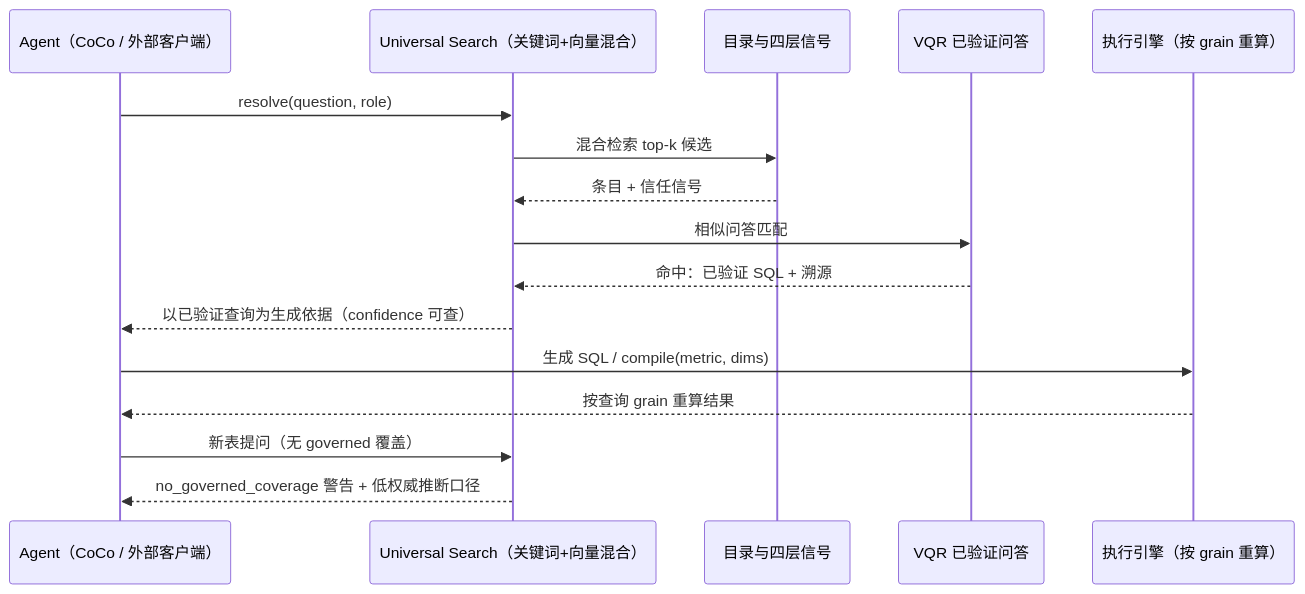
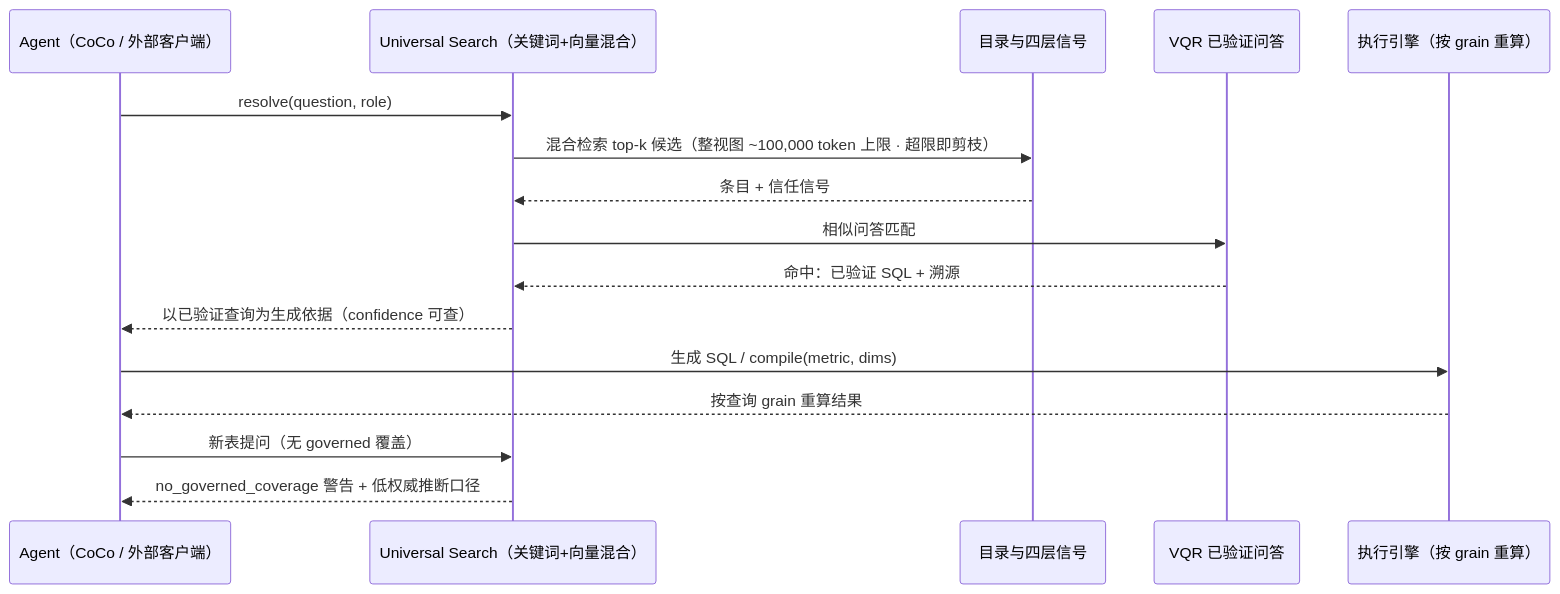
Before and after one commit to ThreeFish-AI/negentropy: the diagram in docs/assets/mermaid/cognitive-context/horizon-context--resolve-activation.mmd, drawn with Mermaid. The commit also changed 35 other files, not shown here.

```diff
--- a/docs/assets/mermaid/cognitive-context/horizon-context--resolve-activation.mmd
+++ b/docs/assets/mermaid/cognitive-context/horizon-context--resolve-activation.mmd
@@ -1,20 +1,21 @@
-%%source: docs/research/cognitive-context/011-horizon-context.md#blockM5 (L329-L359, §7 M5 · 检索激活)
+%%source: docs/research/cognitive-context/011-horizon-context.md#blockM5 (L370-L382, §7 M5 · 检索激活)
 %%slug: cognitive-context/horizon-context--resolve-activation
 %%type: sequence
 %%derived: archify sequence v1, authored from source mermaid
+%% fix: (2026-09-15 校准) ① 检索消息补硬约束「整视图 ~100,000 token 上限 · 超限即剪枝」（正文 M5：精选是硬约束而非优化项）；② %%source 行号更新为 L370-L382
 sequenceDiagram
     participant AG as Agent（CoCo / 外部客户端）
     participant US as Universal Search（关键词+向量混合）
     participant CT as 目录与四层信号
     participant VQ as VQR 已验证问答
     participant EN as 执行引擎（按 grain 重算）
     AG->>US: resolve(question, role)
-    US->>CT: 混合检索 top-k 候选
+    US->>CT: 混合检索 top-k 候选（整视图 ~100,000 token 上限 · 超限即剪枝）
     CT-->>US: 条目 + 信任信号
     US->>VQ: 相似问答匹配
     VQ-->>US: 命中：已验证 SQL + 溯源
     US-->>AG: 以已验证查询为生成依据（confidence 可查）
     AG->>EN: 生成 SQL / compile(metric, dims)
     EN-->>AG: 按查询 grain 重算结果
     AG->>US: 新表提问（无 governed 覆盖）
     US-->>AG: no_governed_coverage 警告 + 低权威推断口径
```
